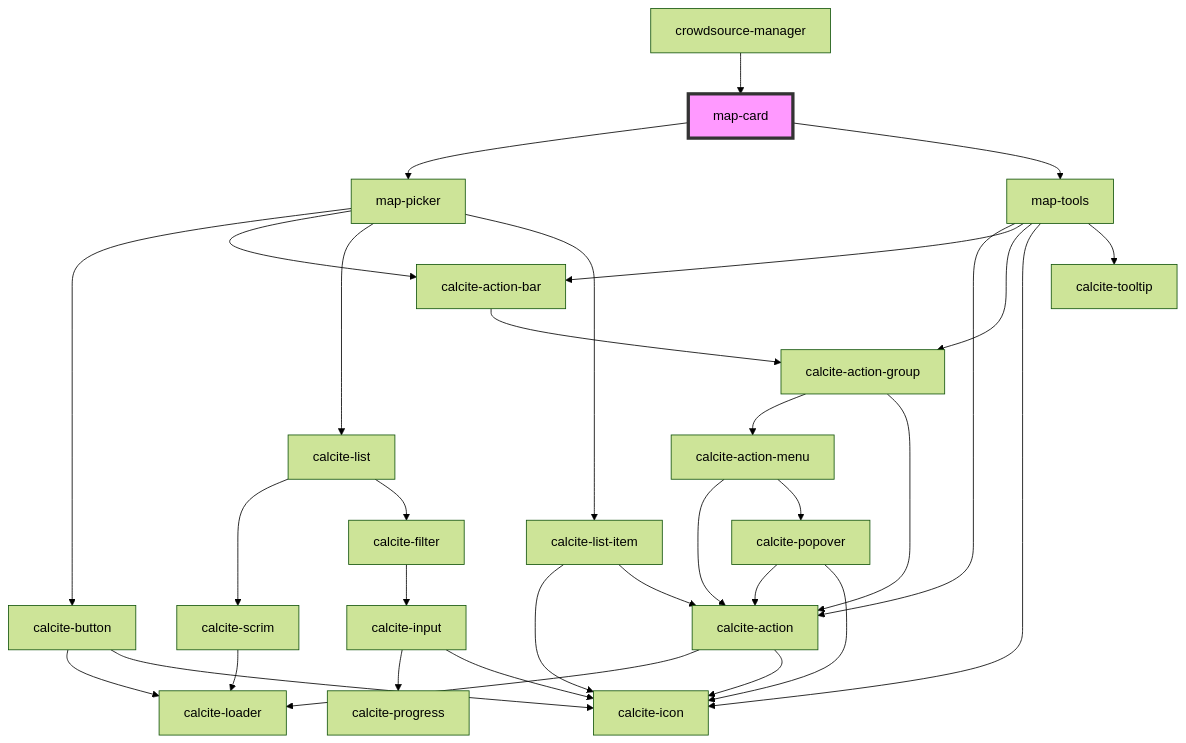
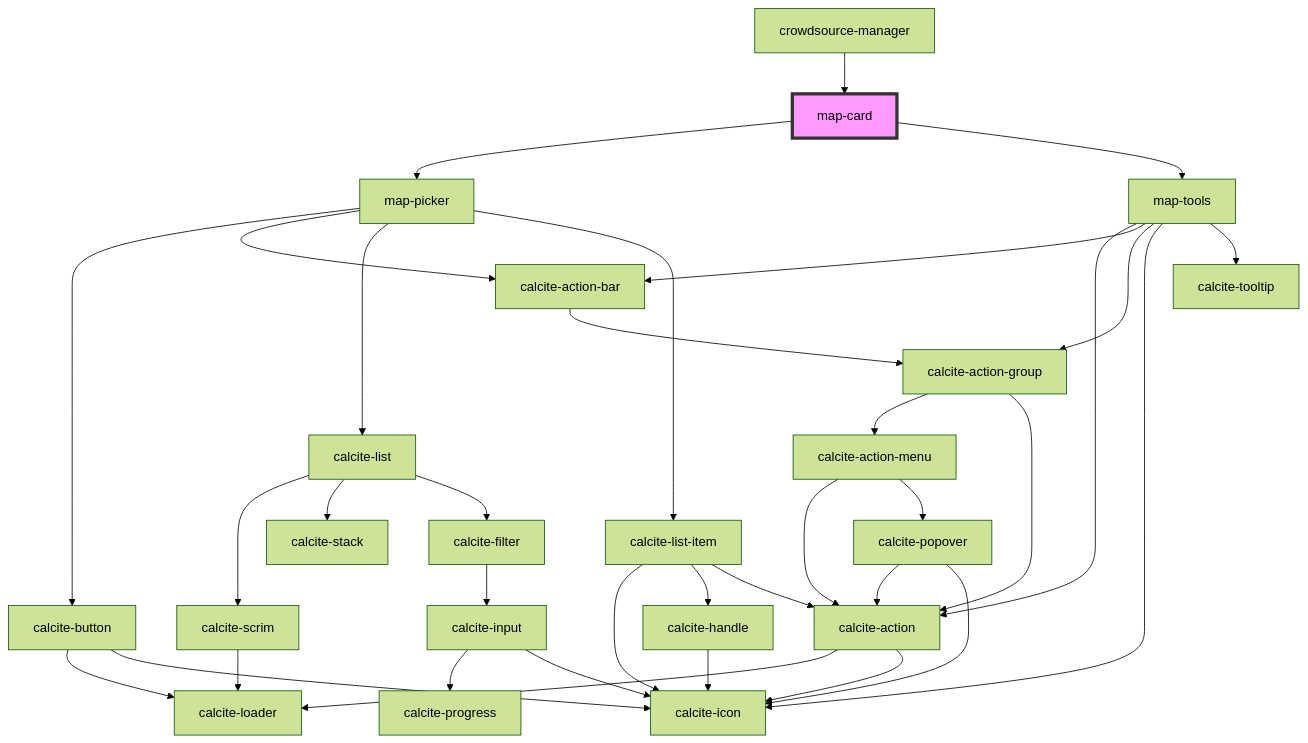
One commit to Esri/solutions-components changed the diagram in src/components/map-card/readme.md. Above: the diagram before and after it, drawn with Mermaid (forest theme). The commit also changed 7 other files, not shown here.

````diff
--- a/src/components/map-card/readme.md
+++ b/src/components/map-card/readme.md
@@ -35,35 +35,38 @@
 ```mermaid
 graph TD;
   map-card --> map-picker
   map-card --> map-tools
   map-picker --> calcite-button
   map-picker --> calcite-action-bar
   map-picker --> calcite-list
   map-picker --> calcite-list-item
   calcite-button --> calcite-loader
   calcite-button --> calcite-icon
   calcite-action-bar --> calcite-action-group
   calcite-action-group --> calcite-action-menu
   calcite-action-group --> calcite-action
   calcite-action-menu --> calcite-action
   calcite-action-menu --> calcite-popover
   calcite-action --> calcite-loader
   calcite-action --> calcite-icon
   calcite-popover --> calcite-action
   calcite-popover --> calcite-icon
   calcite-list --> calcite-scrim
+  calcite-list --> calcite-stack
   calcite-list --> calcite-filter
   calcite-scrim --> calcite-loader
   calcite-filter --> calcite-input
   calcite-input --> calcite-progress
   calcite-input --> calcite-icon
   calcite-list-item --> calcite-icon
+  calcite-list-item --> calcite-handle
   calcite-list-item --> calcite-action
+  calcite-handle --> calcite-icon
   map-tools --> calcite-action
   map-tools --> calcite-action-bar
   map-tools --> calcite-action-group
   map-tools --> calcite-icon
   map-tools --> calcite-tooltip
   crowdsource-manager --> map-card
   style map-card fill:#f9f,stroke:#333,stroke-width:4px
 ```
````
